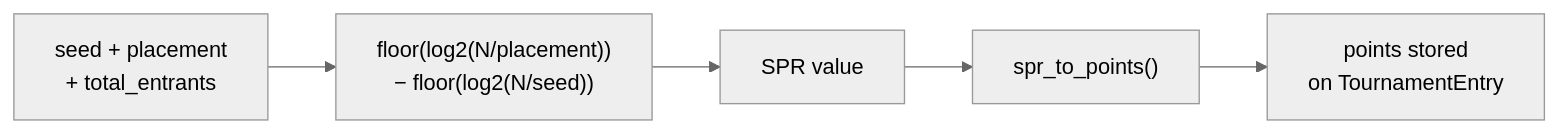
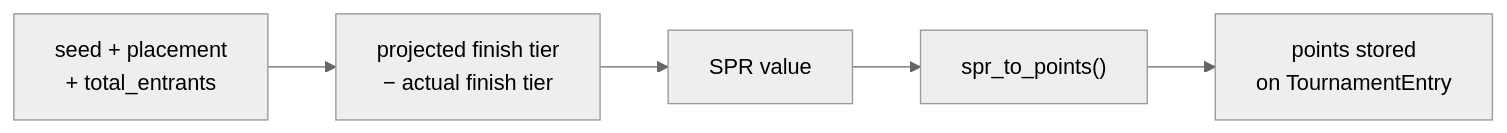
One commit to pem2k/Resonance-App changed the fourth of 7 diagrams in ARCHITECTURE.md. Above: the diagram before and after it, drawn with Mermaid (neutral theme). The commit also changed 4 other files, not shown here.

````diff
--- a/ARCHITECTURE.md
+++ b/ARCHITECTURE.md
@@ -131,7 +131,7 @@
 ```mermaid
 graph LR
-    IN["seed + placement\n+ total_entrants"] --> CALC["floor(log2(N/placement))\n− floor(log2(N/seed))"]
+    IN["seed + placement\n+ total_entrants"] --> CALC["projected finish tier\n− actual finish tier"]
     CALC --> SPR["SPR value"]
     SPR --> PTS["spr_to_points()"]
     PTS --> STORED["points stored\non TournamentEntry"]
 ```
````
